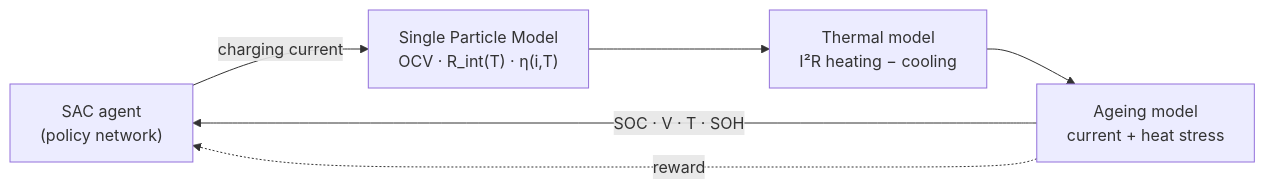
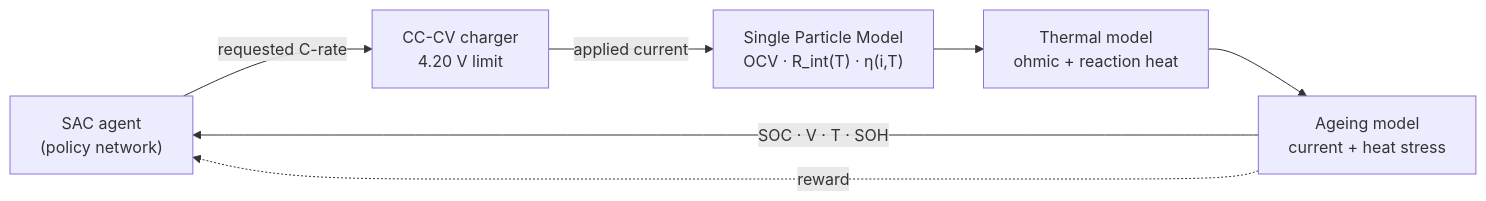
One commit to devendrarajsingh07/AI_Battery_Fast_Charging changed the diagram in README.md. Above: the diagram before and after it, drawn with Mermaid. The commit also changed other lines of this file and 16 other files, not shown here.

First line of the commit message:
Fix OCV curve, use true C-rates, add CC-CV charging and retrain agent

````diff
--- a/README.md
+++ b/README.md
@@ -42,8 +43,9 @@
 ```mermaid
 flowchart LR
-    A["SAC agent<br/>(policy network)"] -- "charging current" --> B["Single Particle Model<br/>OCV · R_int(T) · η(i,T)"]
-    B --> C["Thermal model<br/>I²R heating − cooling"]
-    C --> D["Ageing model<br/>current + heat stress"]
-    D -- "SOC · V · T · SOH" --> A
-    D -. "reward" .-> A
+    A["SAC agent<br/>(policy network)"] -- "requested C-rate" --> B["CC-CV charger<br/>4.20 V limit"]
+    B -- "applied current" --> C["Single Particle Model<br/>OCV · R_int(T) · η(i,T)"]
+    C --> D["Thermal model<br/>ohmic + reaction heat"]
+    D --> E["Ageing model<br/>current + heat stress"]
+    E -- "SOC · V · T · SOH" --> A
+    E -. "reward" .-> A
 ```
````
